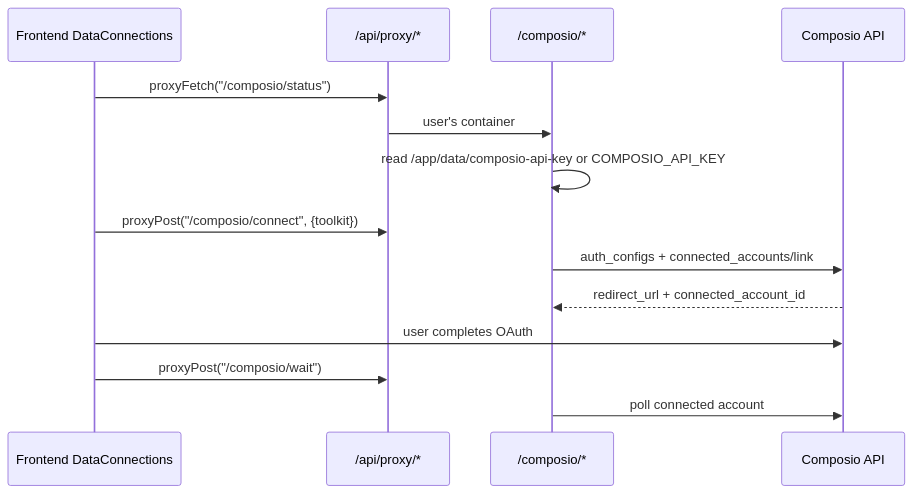
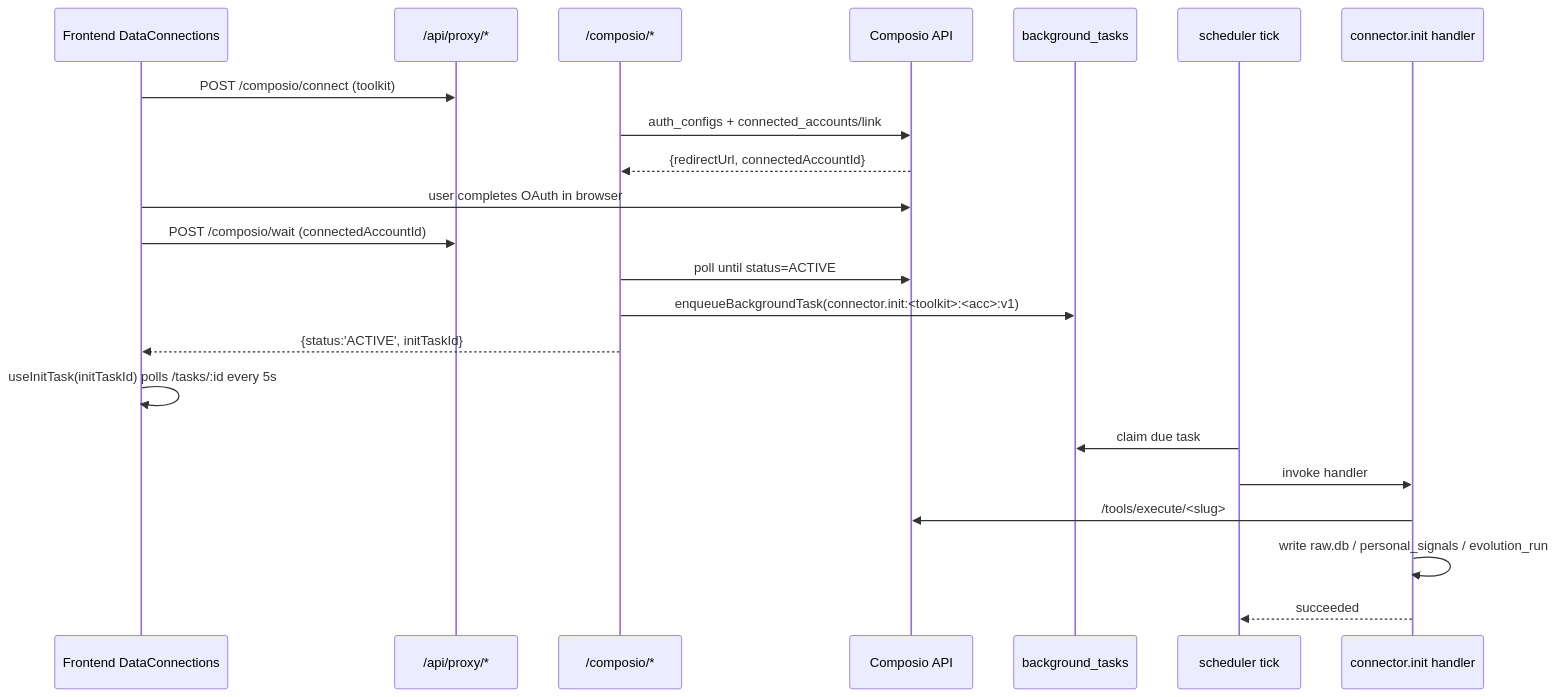
One commit to Edge-AI-HQ/proactive-assistant changed the second of 3 diagrams in docs/modules/data-connectors.mdx. Above: the diagram before and after it, drawn with Mermaid. The commit also changed other lines of this file and 5 other files, not shown here.

````diff
--- a/docs/modules/data-connectors.mdx
+++ b/docs/modules/data-connectors.mdx
@@ -54,17 +87,25 @@
 ```mermaid
 sequenceDiagram
   participant UI as Frontend DataConnections
   participant Proxy as /api/proxy/*
   participant Route as /composio/*
   participant C as Composio API
+  participant Q as background_tasks
+  participant Sched as scheduler tick
+  participant H as connector.init handler
 
-  UI->>Proxy: proxyFetch("/composio/status")
-  Proxy->>Route: user's container
-  Route->>Route: read /app/data/composio-api-key or COMPOSIO_API_KEY
-  UI->>Proxy: proxyPost("/composio/connect", {toolkit})
+  UI->>Proxy: POST /composio/connect (toolkit)
   Route->>C: auth_configs + connected_accounts/link
-  C-->>Route: redirect_url + connected_account_id
-  UI->>C: user completes OAuth
-  UI->>Proxy: proxyPost("/composio/wait")
-  Route->>C: poll connected account
+  C-->>Route: {redirectUrl, connectedAccountId}
+  UI->>C: user completes OAuth in browser
+  UI->>Proxy: POST /composio/wait (connectedAccountId)
+  Route->>C: poll until status=ACTIVE
+  Route->>Q: enqueueBackgroundTask(connector.init:<toolkit>:<acc>:v1)
+  Route-->>UI: {status:'ACTIVE', initTaskId}
+  UI->>UI: useInitTask(initTaskId) polls /tasks/:id every 5s
+  Sched->>Q: claim due task
+  Sched->>H: invoke handler
+  H->>C: /tools/execute/<slug>
+  H->>H: write raw.db / personal_signals / evolution_run
+  H-->>Sched: succeeded
 ```
````
